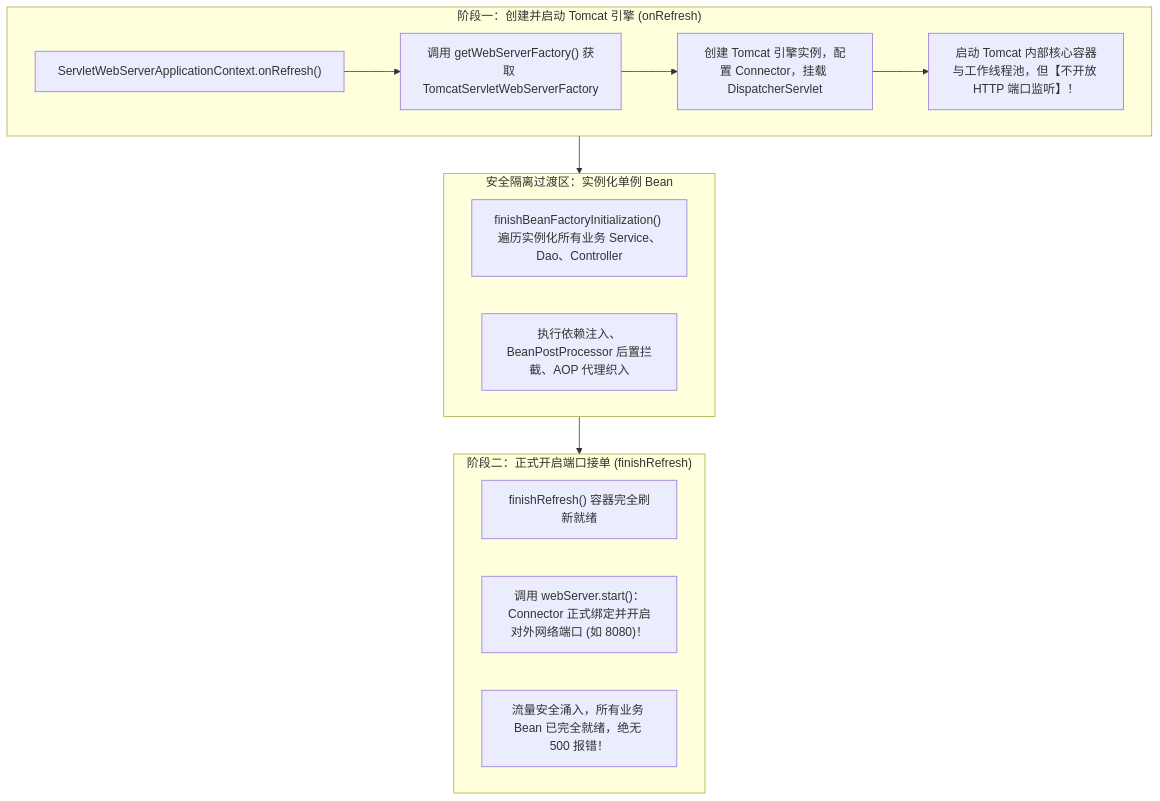
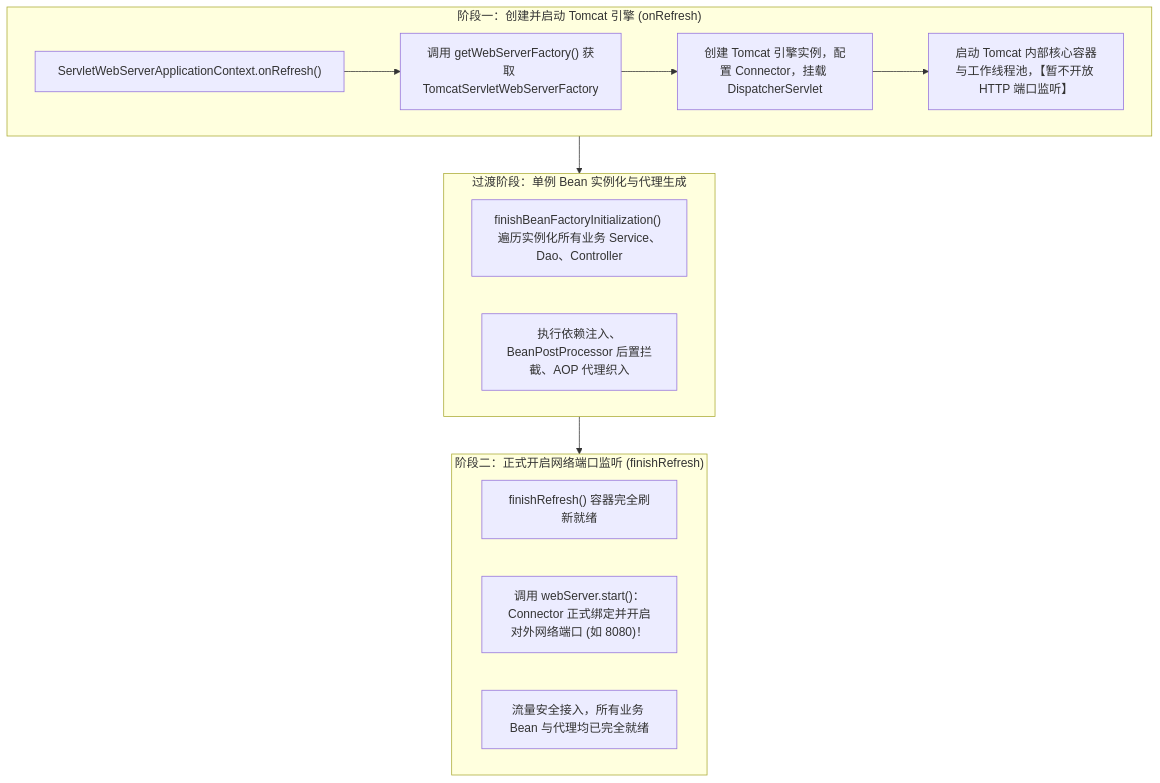
The fourth of 5 diagrams in 20-Java后端/04-Spring生态/10-SpringBoot启动流程.md (GuoWWWX/knowledge-base), drawn with Mermaid before and after one commit. The commit also changed other lines of this file, not shown here.

````diff
--- a/20-Java后端/04-Spring生态/10-SpringBoot启动流程.md
+++ b/20-Java后端/04-Spring生态/10-SpringBoot启动流程.md
@@ -263,21 +262,21 @@
 ```mermaid
 flowchart TD
     subgraph S1["阶段一：创建并启动 Tomcat 引擎 (onRefresh)"]
         A1["ServletWebServerApplicationContext.onRefresh()"] --> A2["调用 getWebServerFactory() 获取 TomcatServletWebServerFactory"]
         A2 --> A3["创建 Tomcat 引擎实例，配置 Connector，挂载 DispatcherServlet"]
-        A3 --> A4["启动 Tomcat 内部核心容器与工作线程池，但【不开放 HTTP 端口监听】！"]
+        A3 --> A4["启动 Tomcat 内部核心容器与工作线程池，【暂不开放 HTTP 端口监听】"]
     end
 
-    subgraph S2["安全隔离过渡区：实例化单例 Bean"]
+    subgraph S2["过渡阶段：单例 Bean 实例化与代理生成"]
         B1["finishBeanFactoryInitialization() 遍历实例化所有业务 Service、Dao、Controller"]
         B2["执行依赖注入、BeanPostProcessor 后置拦截、AOP 代理织入"]
     end
 
-    subgraph S3["阶段二：正式开启端口接单 (finishRefresh)"]
+    subgraph S3["阶段二：正式开启网络端口监听 (finishRefresh)"]
         C1["finishRefresh() 容器完全刷新就绪"]
         C2["调用 webServer.start()：Connector 正式绑定并开启对外网络端口 (如 8080)！"]
-        C3["流量安全涌入，所有业务 Bean 已完全就绪，绝无 500 报错！"]
+        C3["流量安全接入，所有业务 Bean 与代理均已完全就绪"]
     end
 
     S1 --> S2 --> S3
 ```
````
